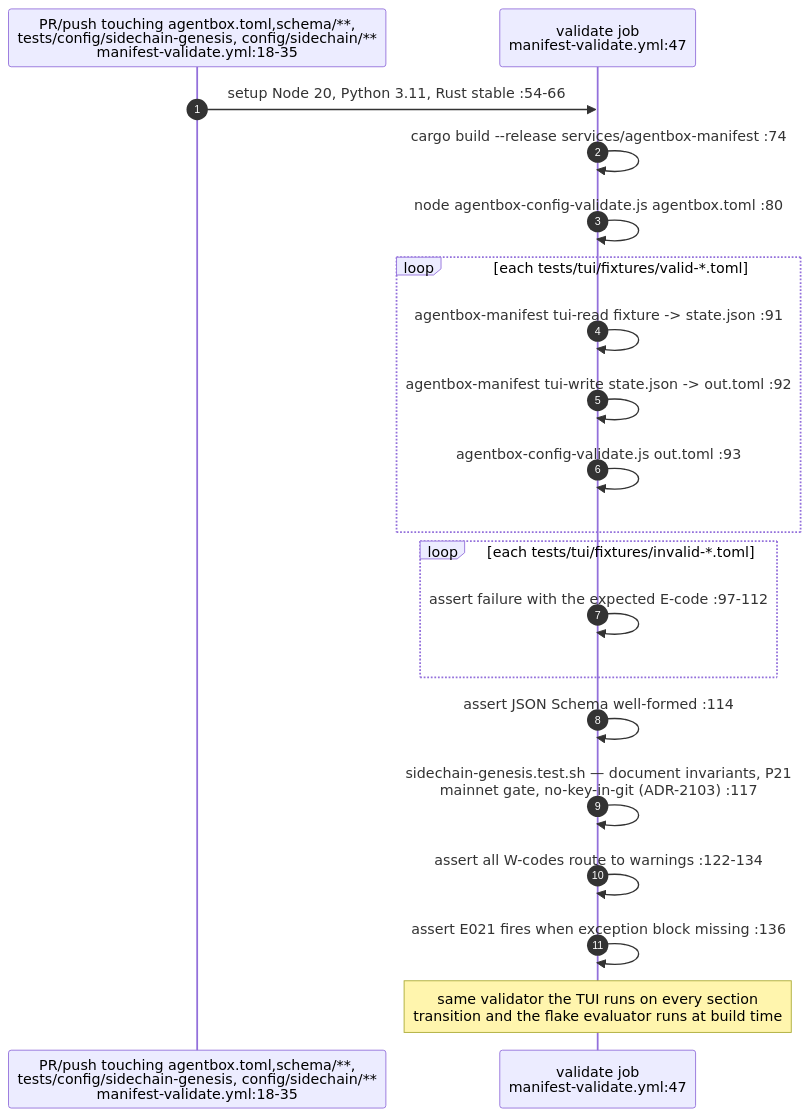
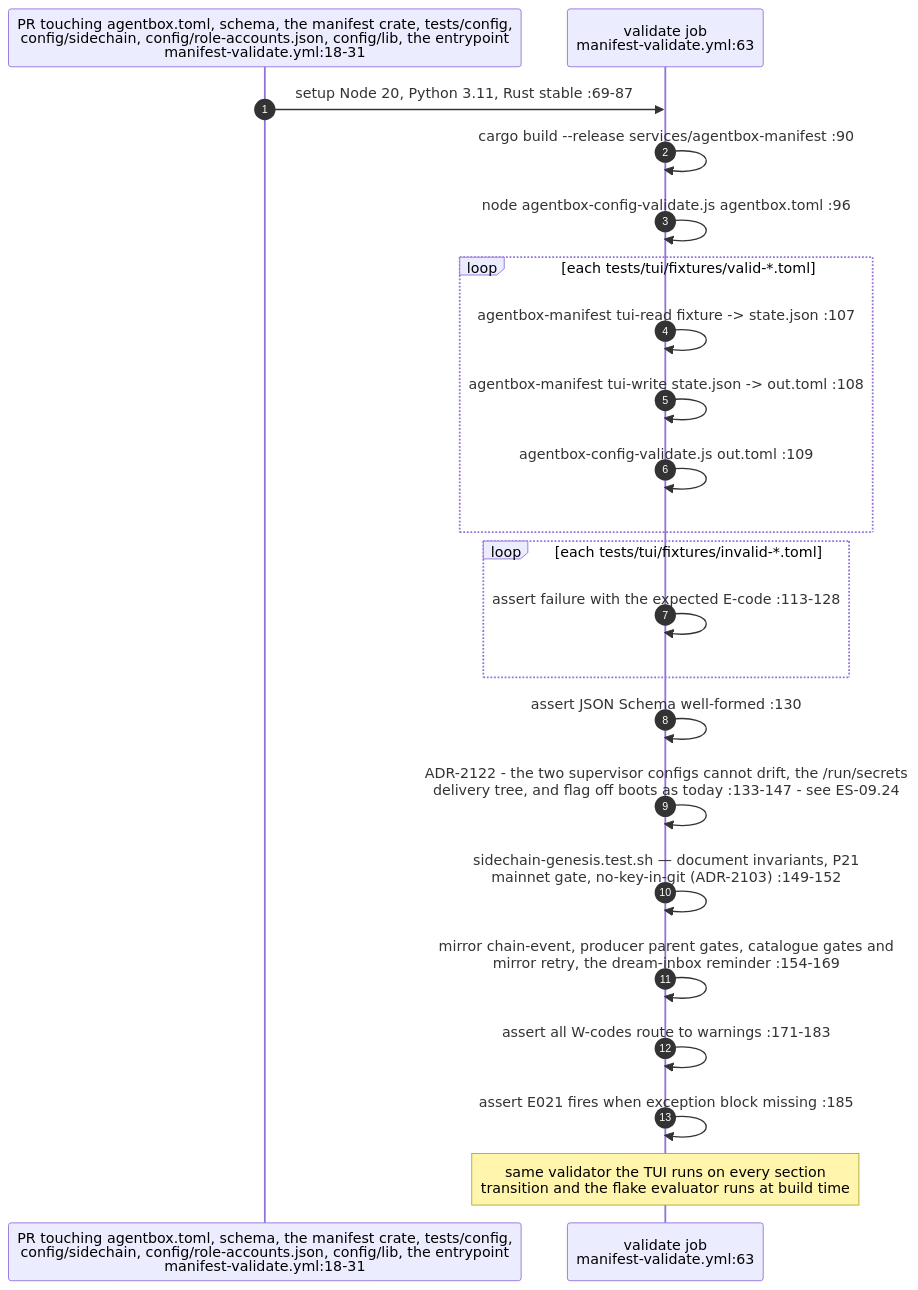
Before and after one commit to DreamLab-AI/VisionFlow: diagram 17 of 24 in docs/diagrams/estate/09-build-deploy-and-ci-estate.md, drawn with Mermaid. The commit also changed other lines of this file and 14 other files, not shown here.

First line of the commit message:
docs(diagrams): custody role isolation — new AB-36, re-stamp 11 topics at the custody integration head

````diff
--- a/docs/diagrams/estate/09-build-deploy-and-ci-estate.md
+++ b/docs/diagrams/estate/09-build-deploy-and-ci-estate.md
@@ -591,23 +608,25 @@
 ```mermaid
 sequenceDiagram
     autonumber
-    participant GH as PR/push touching agentbox.toml,schema/**,<br/>tests/config/sidechain-genesis, config/sidechain/**<br/>manifest-validate.yml:18-35
-    participant V as validate job<br/>manifest-validate.yml:47
+    participant GH as PR touching agentbox.toml, schema, the manifest crate, tests/config,<br/>config/sidechain, config/role-accounts.json, config/lib, the entrypoint<br/>manifest-validate.yml:18-31
+    participant V as validate job<br/>manifest-validate.yml:63
 
-    GH->>V: setup Node 20, Python 3.11, Rust stable :54-66
-    V->>V: cargo build --release services/agentbox-manifest :74
-    V->>V: node agentbox-config-validate.js agentbox.toml :80
+    GH->>V: setup Node 20, Python 3.11, Rust stable :69-87
+    V->>V: cargo build --release services/agentbox-manifest :90
+    V->>V: node agentbox-config-validate.js agentbox.toml :96
     loop each tests/tui/fixtures/valid-*.toml
-        V->>V: agentbox-manifest tui-read fixture -> state.json :91
-        V->>V: agentbox-manifest tui-write state.json -> out.toml :92
-        V->>V: agentbox-config-validate.js out.toml :93
+        V->>V: agentbox-manifest tui-read fixture -> state.json :107
+        V->>V: agentbox-manifest tui-write state.json -> out.toml :108
+        V->>V: agentbox-config-validate.js out.toml :109
     end
     loop each tests/tui/fixtures/invalid-*.toml
-        V->>V: assert failure with the expected E-code :97-112
+        V->>V: assert failure with the expected E-code :113-128
     end
-    V->>V: assert JSON Schema well-formed :114
-    V->>V: sidechain-genesis.test.sh — document invariants, P21<br/>mainnet gate, no-key-in-git (ADR-2103) :117
-    V->>V: assert all W-codes route to warnings :122-134
-    V->>V: assert E021 fires when exception block missing :136
+    V->>V: assert JSON Schema well-formed :130
+    V->>V: ADR-2122 - the two supervisor configs cannot drift, the /run/secrets<br/>delivery tree, and flag off boots as today :133-147 - see ES-09.24
+    V->>V: sidechain-genesis.test.sh — document invariants, P21<br/>mainnet gate, no-key-in-git (ADR-2103) :149-152
+    V->>V: mirror chain-event, producer parent gates, catalogue gates and<br/>mirror retry, the dream-inbox reminder :154-169
+    V->>V: assert all W-codes route to warnings :171-183
+    V->>V: assert E021 fires when exception block missing :185
     Note over V: same validator the TUI runs on every section<br/>transition and the flake evaluator runs at build time
 ```
````
